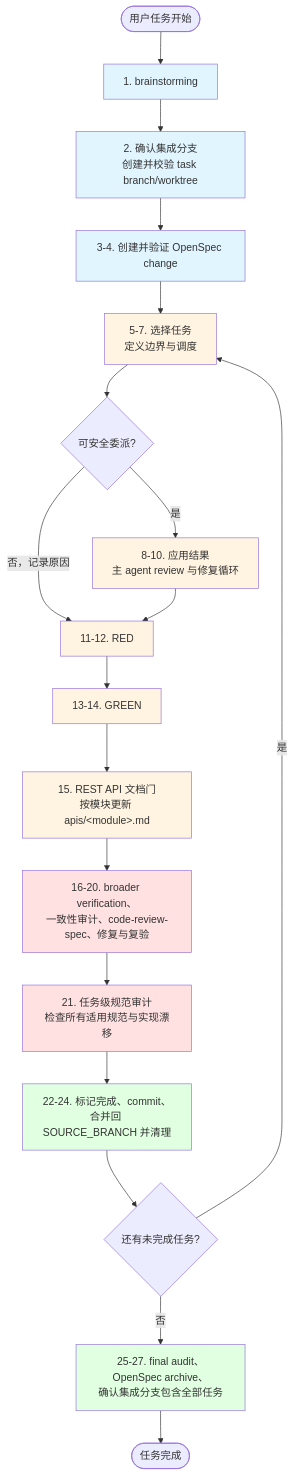
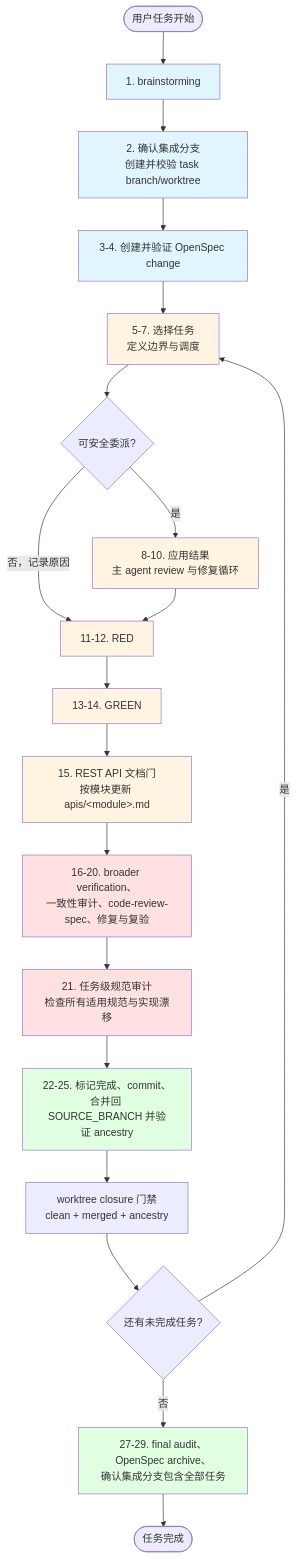
The diagram in DEVELOPMENT_WORKFLOW_GUIDE.md (lvdaxianer/skills), drawn with Mermaid before and after one commit. The commit also changed other lines of this file and 7 other files, not shown here.

````diff
--- a/DEVELOPMENT_WORKFLOW_GUIDE.md
+++ b/DEVELOPMENT_WORKFLOW_GUIDE.md
@@ -31,33 +32,34 @@
 ```mermaid
 flowchart TD
     Start([用户任务开始]) --> B[1. brainstorming]
     B --> W[2. 确认集成分支<br/>创建并校验 task branch/worktree]
     W --> P[3-4. 创建并验证 OpenSpec change]
     P --> T[5-7. 选择任务<br/>定义边界与调度]
     T --> D{可安全委派?}
     D -->|是| R[8-10. 应用结果<br/>主 agent review 与修复循环]
     D -->|否，记录原因| Red[11-12. RED]
     R --> Red
     Red --> Green[13-14. GREEN]
     Green --> ApiDocs[15. REST API 文档门<br/>按模块更新 apis/&lt;module&gt;.md]
     ApiDocs --> Audit[16-20. broader verification、<br/>一致性审计、code-review-spec、修复与复验]
     Audit --> TaskAudit[21. 任务级规范审计<br/>检查所有适用规范与实现漂移]
-    TaskAudit --> C[22-24. 标记完成、commit、<br/>合并回 SOURCE_BRANCH 并清理]
-    C --> More{还有未完成任务?}
+    TaskAudit --> C[22-25. 标记完成、commit、<br/>合并回 SOURCE_BRANCH 并验证 ancestry]
+    C --> Close[worktree closure 门禁<br/>clean + merged + ancestry]
+    Close --> More{还有未完成任务?}
     More -->|是| T
-    More -->|否| F[25-27. final audit、OpenSpec archive、<br/>确认集成分支包含全部任务]
+    More -->|否| F[27-29. final audit、OpenSpec archive、<br/>确认集成分支包含全部任务]
     F --> End([任务完成])
     
     style B fill:#e1f5ff
     style W fill:#e1f5ff
     style P fill:#e1f5ff
     style T fill:#fff4e1
     style R fill:#fff4e1
     style Red fill:#fff4e1
     style Green fill:#fff4e1
     style ApiDocs fill:#fff4e1
     style Audit fill:#ffe1e1
     style TaskAudit fill:#ffe1e1
     style C fill:#e1ffe1
     style F fill:#e1ffe1
 ```
````
